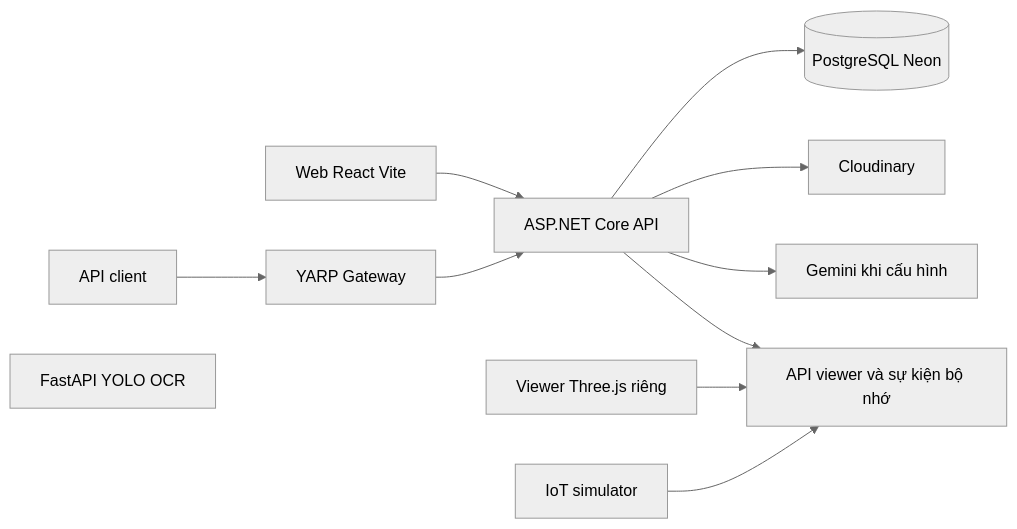
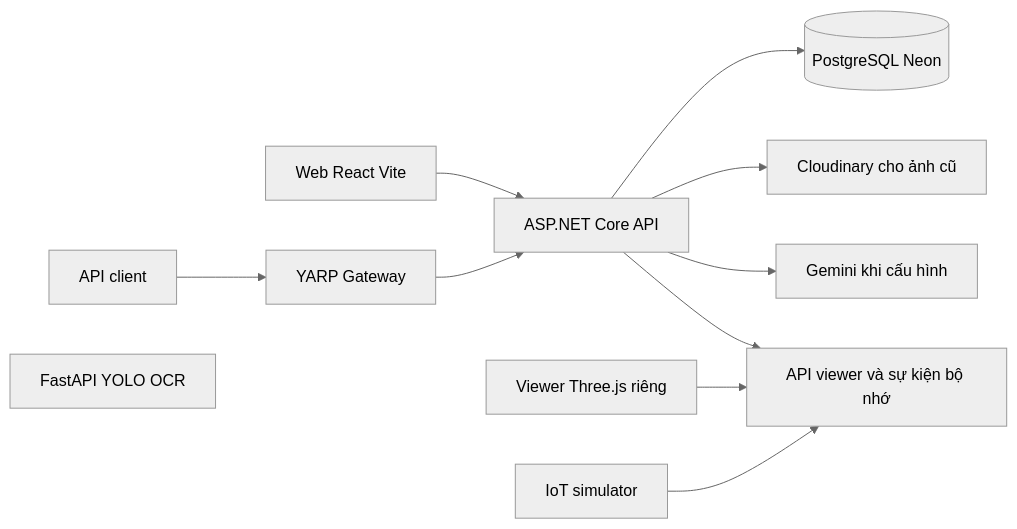
One commit to silver-phung/smart-parking-system changed the diagram in docs/product/overview.md. Above: the diagram before and after it, drawn with Mermaid (neutral theme). The commit also changed 57 other files, not shown here.

````diff
--- a/docs/product/overview.md
+++ b/docs/product/overview.md
@@ -25,13 +25,13 @@
 ```mermaid
 flowchart LR
   WEB[Web React Vite] --> API[ASP.NET Core API]
   CLIENT[API client] --> GW[YARP Gateway]
   GW --> API
   API --> PG[(PostgreSQL Neon)]
-  API --> IMG[Cloudinary]
+  API --> IMG[Cloudinary cho ảnh cũ]
   API --> GEM[Gemini khi cấu hình]
   OCR[FastAPI YOLO OCR]
   VIEW[Viewer Three.js riêng] --> MEM[API viewer và sự kiện bộ nhớ]
   API --> MEM
   SIM[IoT simulator] --> MEM
 ```
````
